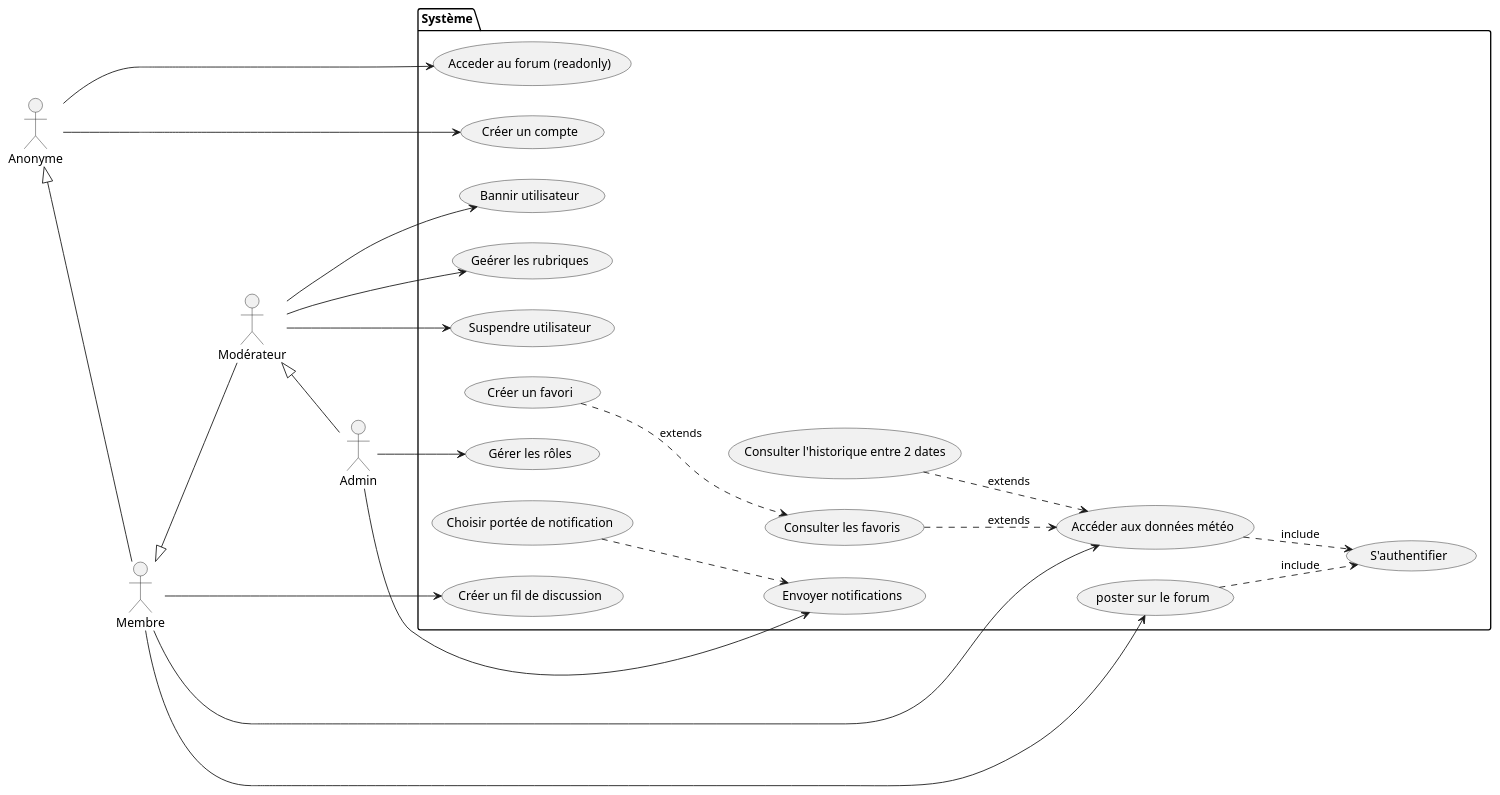
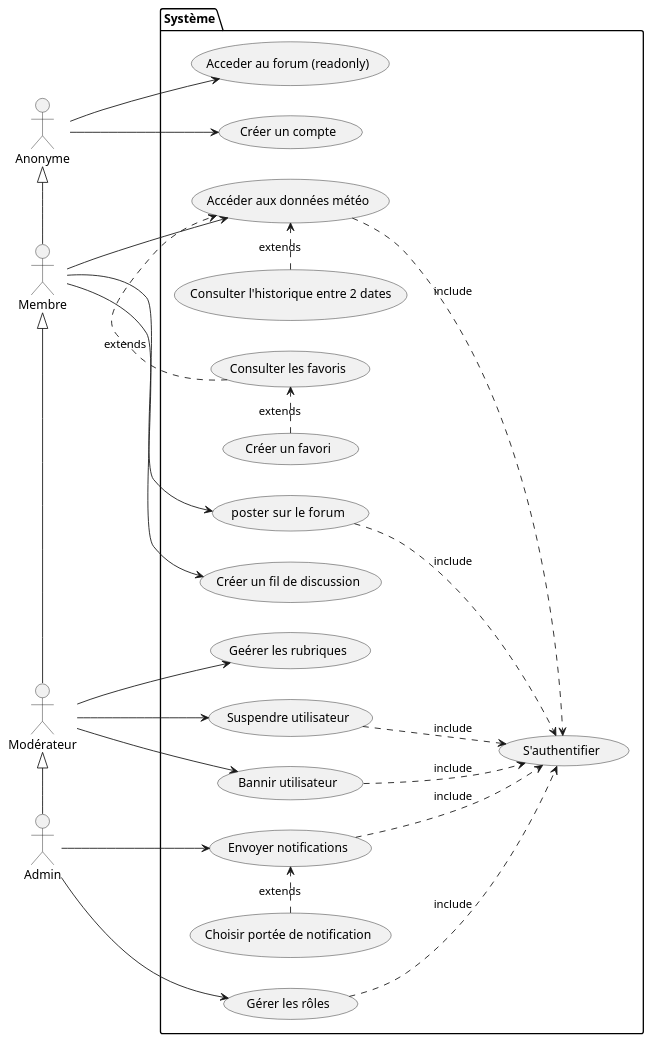
Before and after one commit to AirShareCorporation/TPMeteo: the diagram in projet.puml, drawn with PlantUML.

Commit message:
usecase v4

```diff
--- a/projet.puml
+++ b/projet.puml
@@ -1,54 +1,59 @@
 @startuml projet
 
 left to right direction
 
 actor :Anonyme:
 actor :Membre:
 actor :Admin:
 actor :Modérateur:
 
 
 
 package Système {
         usecase "Geérer les rubriques" as admin
         usecase "Suspendre utilisateur" as timeout
         usecase "Bannir utilisateur" as ban
         usecase "Acceder au forum (readonly)" as forum
         usecase "poster sur le  forum" as post
         usecase "Envoyer notifications" as notify
         usecase "S'authentifier" as connect
         usecase "Accéder aux données météo" as meteo
         usecase "Créer un compte" as register
         usecase  "Consulter l'historique entre 2 dates" as history
         usecase  "Consulter les favoris" as favorite
         usecase  "Créer un favori" as createFavorite
         usecase  "Créer un fil de discussion" as createSubForum
         usecase  "Choisir portée de notification" as notifRange
         usecase  "Gérer les rôles" as roles
 
 }
 
 
-Anonyme <|-- Membre
-Membre <|-- Modérateur
-Modérateur <|-- Admin
+
+Anonyme <|- Membre
+Membre <|- Modérateur
+Modérateur <|- Admin
 Modérateur --> ban
 Admin --> roles
 Modérateur --> admin
 Admin --> notify
 Modérateur --> timeout
 post .-> connect : include
 meteo .-> connect : include
+ban .-> connect : include
+roles .-> connect : include
+notify .-> connect : include
+timeout .-> connect : include
 Membre --> meteo
 Membre --> post
 Membre --> createSubForum
 Anonyme --> forum
 Anonyme --> register
-notifRange .-> notify
-history .-> meteo : extends
-favorite .-> meteo : extends
-createFavorite .-> favorite : extends
+notifRange .> notify : extends
+history .> meteo : extends
+favorite .> meteo : extends
+createFavorite .> favorite : extends
 
 
 
 @enduml
```
